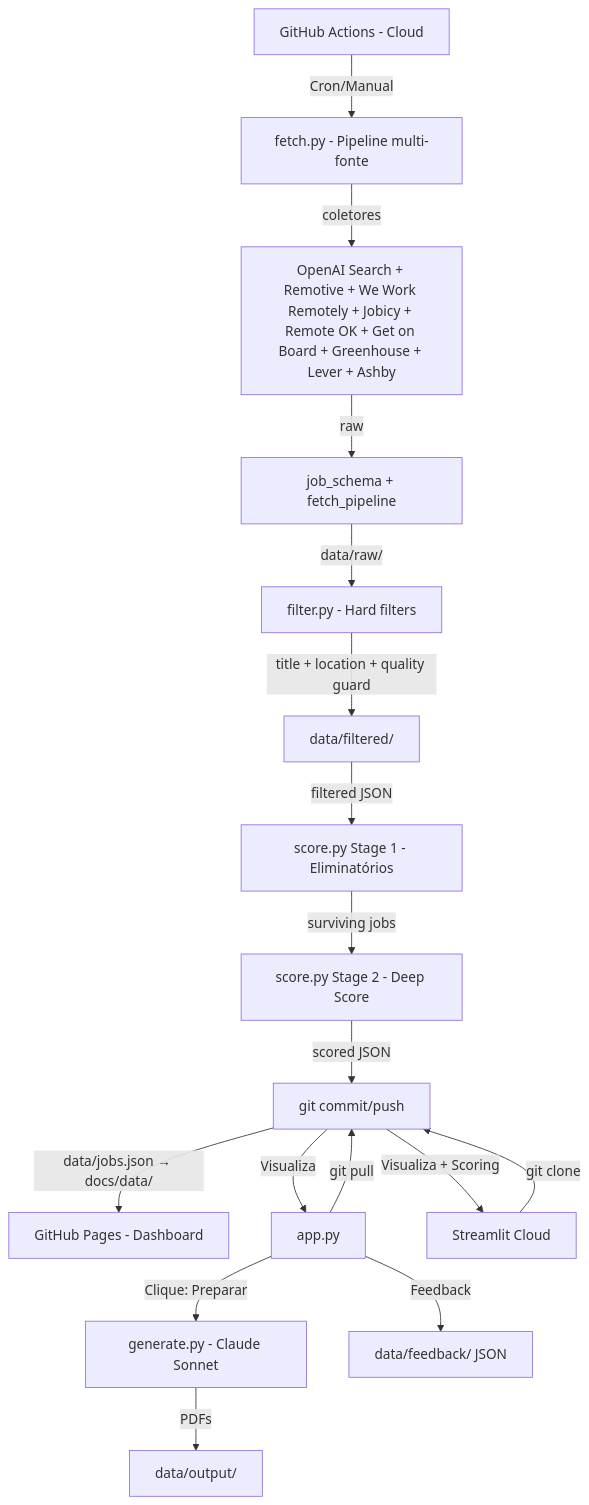
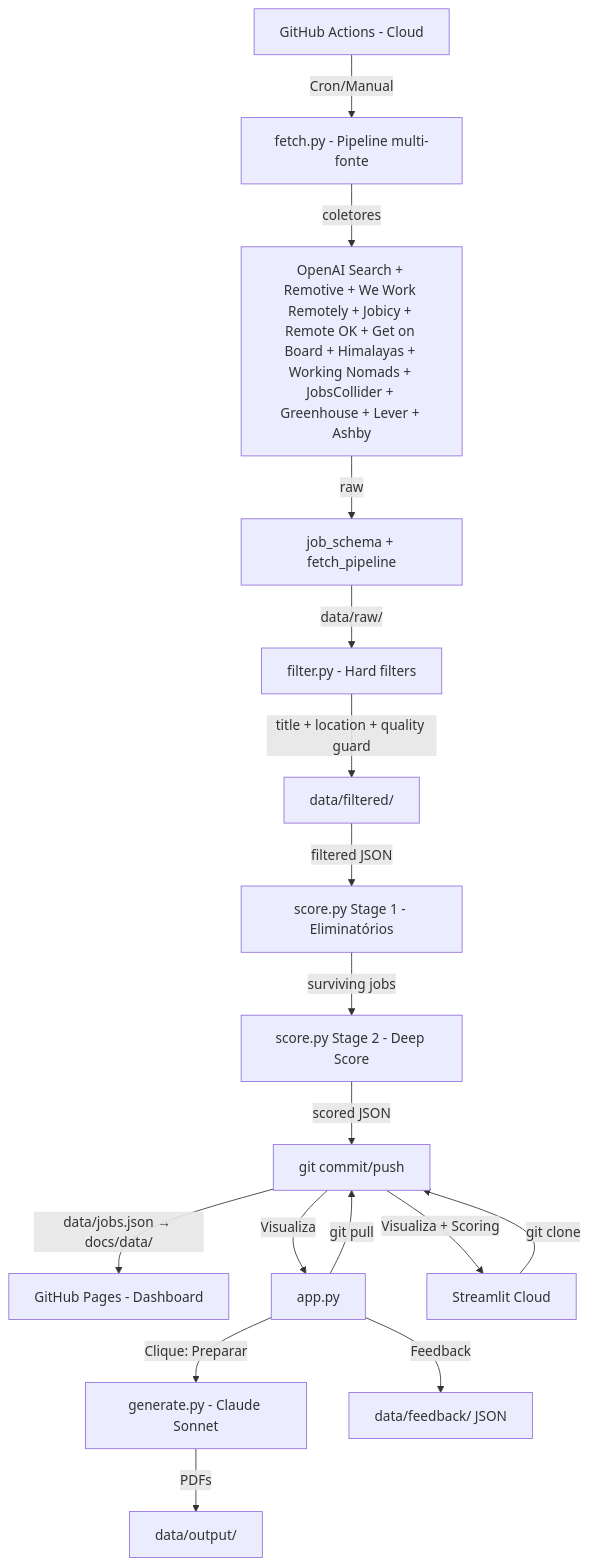
Before and after one commit to gmaiarviana/job_radar: the diagram in ARCHITECTURE.md, drawn with Mermaid. The commit also changed other lines of this file and 7 other files, not shown here.

````diff
--- a/ARCHITECTURE.md
+++ b/ARCHITECTURE.md
@@ -11,20 +11,20 @@
 ```mermaid
 graph TD
     A[GitHub Actions - Cloud] -->|Cron/Manual| B[fetch.py - Pipeline multi-fonte]
-    B -->|coletores| B1[OpenAI Search + Remotive + We Work Remotely + Jobicy + Remote OK + Get on Board + Greenhouse + Lever + Ashby]
+    B -->|coletores| B1[OpenAI Search + Remotive + We Work Remotely + Jobicy + Remote OK + Get on Board + Himalayas + Working Nomads + JobsCollider + Greenhouse + Lever + Ashby]
     B1 -->|raw| B2[job_schema + fetch_pipeline]
     B2 -->|data/raw/| B3[filter.py - Hard filters]
     B3 -->|title + location + quality guard| B4[data/filtered/]
     B4 -->|filtered JSON| C[score.py Stage 1 - Eliminatórios]
     C -->|surviving jobs| D[score.py Stage 2 - Deep Score]
     D -->|scored JSON| E[git commit/push]
     E -->|data/jobs.json → docs/data/| J[GitHub Pages - Dashboard]
 
     F[Streamlit - Local] -->|git pull| E
     F2[Streamlit Cloud] -->|git clone| E
     E -->|Visualiza + Scoring| F2
     E -->|Visualiza| F[app.py]
     F -->|Clique: Preparar| G[generate.py - Claude Sonnet]
     G -->|PDFs| H[data/output/]
     F -->|Feedback| I[data/feedback/ JSON]
 ```
````
